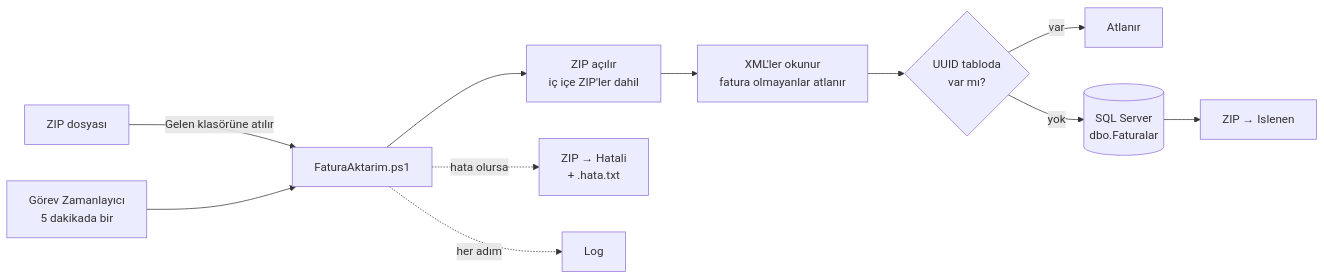
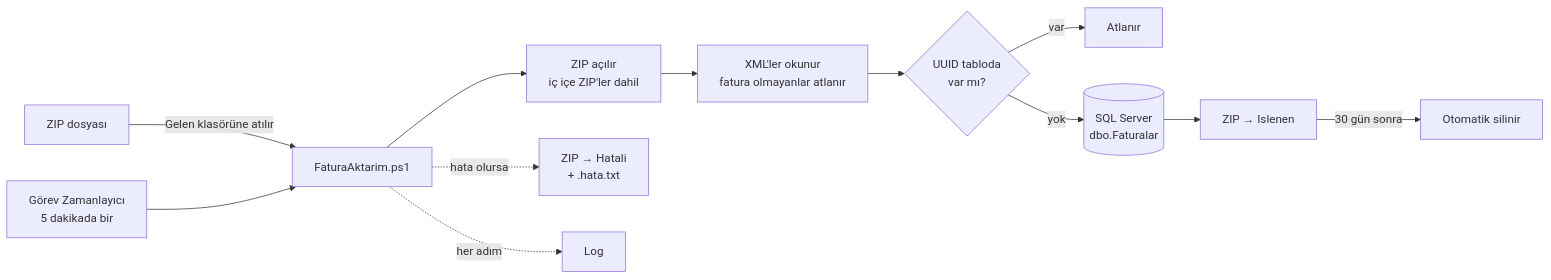
The diagram in README.md (Feritayhaan/FaturaAktarim), drawn with Mermaid before and after one commit. The commit also changed other lines of this file and 9 other files, not shown here.

First line of the commit message:
Calisma klasorleri pakette; islenen ZIP'ler 30 gun sonra silinir

````diff
--- a/README.md
+++ b/README.md
@@ -11,13 +11,14 @@
 ```mermaid
 flowchart LR
     A[ZIP dosyası] -->|Gelen klasörüne atılır| B[FaturaAktarim.ps1]
     T[Görev Zamanlayıcı<br/>5 dakikada bir] --> B
     B --> C[ZIP açılır<br/>iç içe ZIP'ler dahil]
     C --> D[XML'ler okunur<br/>fatura olmayanlar atlanır]
     D --> E{UUID tabloda<br/>var mı?}
     E -->|var| F[Atlanır]
     E -->|yok| G[(SQL Server<br/>dbo.Faturalar)]
     G --> H[ZIP → Islenen]
+    H -->|30 gün sonra| X[Otomatik silinir]
     B -.hata olursa.-> I[ZIP → Hatali<br/>+ .hata.txt]
     B -.her adım.-> L[Log]
 ```
````
